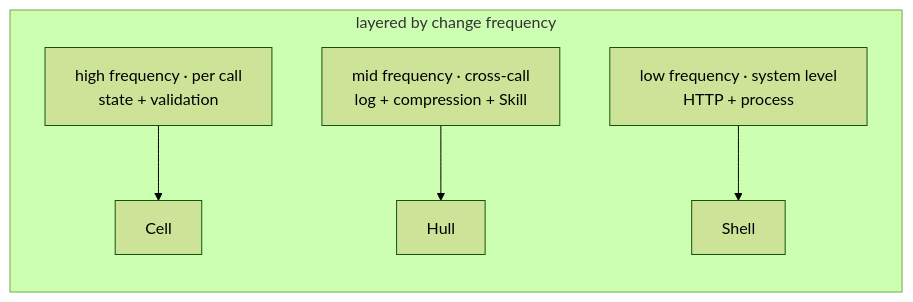
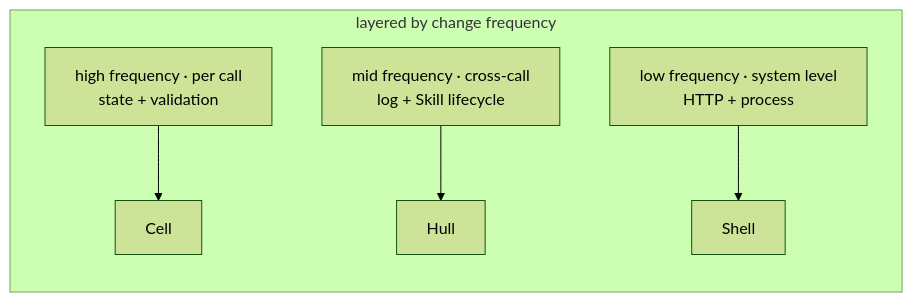
Before and after one commit to vessal-ai/vessal: the first of 9 diagrams in references/whitepaper/02-architecture.md, drawn with Mermaid (forest theme). The commit also changed other lines of this file and 75 other files, not shown here.

````diff
--- a/references/whitepaper/02-architecture.md
+++ b/references/whitepaper/02-architecture.md
@@ -20,9 +22,9 @@
 ```mermaid
 graph TB
     subgraph freq["layered by change frequency"]
         direction TB
         F1["high frequency · per call\nstate + validation"] --> Cell
-        F2["mid frequency · cross-call\nlog + compression + Skill"] --> Hull
+        F2["mid frequency · cross-call\nlog + Skill lifecycle"] --> Hull
         F3["low frequency · system level\nHTTP + process"] --> Shell
     end
 ```
````
